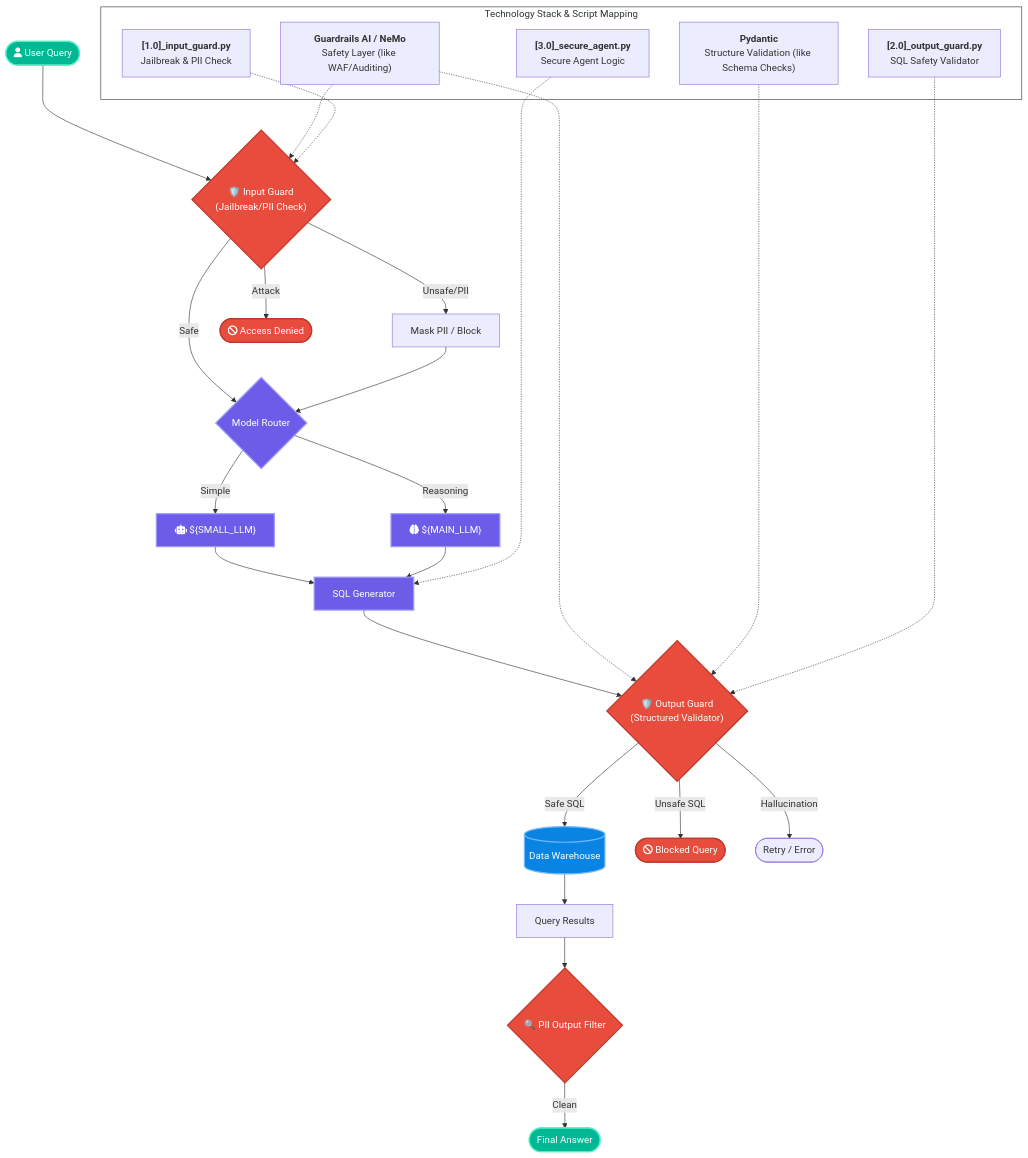
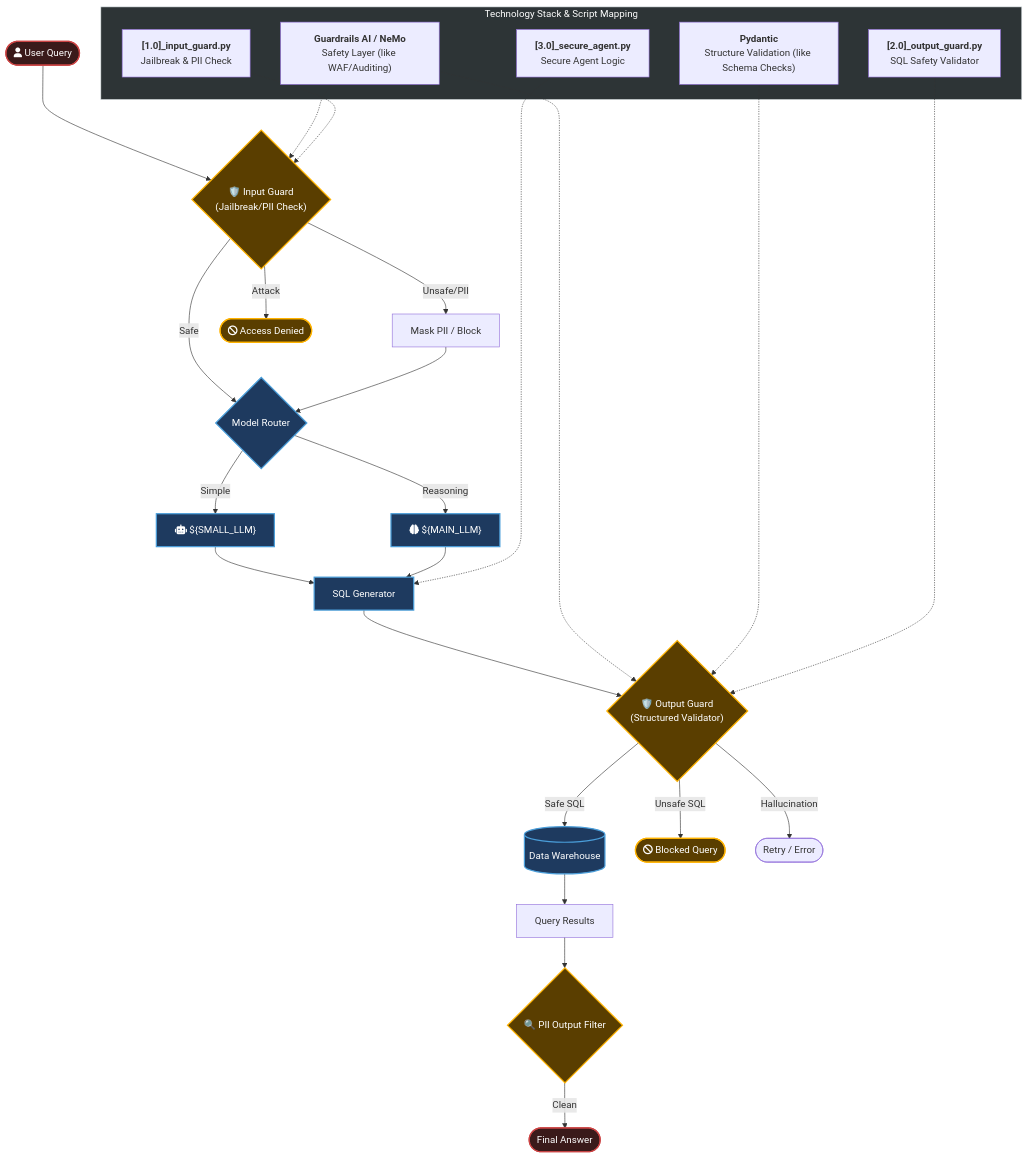
The diagram in week9/week9_architecture.mmd (visuvishwa99/agentic-ai-foundations), drawn with Mermaid before and after one commit. The commit also changed 24 other files, not shown here.

Commit message:
Initial commit: AI foundations and learning roadmap

```diff
--- a/week9/week9_architecture.mmd
+++ b/week9/week9_architecture.mmd
@@ -1,68 +1,68 @@
 ---
 id: week9-architecture
 ---
 flowchart TD
     %% User Interaction
     User(["fa:fa-user User Query"]) --> InputGuard{"🛡️ Input Guard<br/>(Jailbreak/PII Check)"}
     
     %% Input Guard Logic (Step 1)
     InputGuard -- Safe --> Router{"Model Router"}
     InputGuard -- Unsafe/PII --> Masked["Mask PII / Block"]
     Masked --> Router
     InputGuard -- Attack --> Reject(["fa:fa-ban Access Denied"])
     
     %% Routing Layer (Step 2 - From Week 8)
     Router -- Simple --> Mini["fa:fa-robot ${SMALL_LLM}"]
     Router -- Reasoning --> LLM["fa:fa-brain ${MAIN_LLM}"]
     
     %% Execution Layer (Step 3)
     Mini --> SQLGen["SQL Generator"]
     LLM --> SQLGen
     
     %% Output Guard Logic (Step 4 - Key Add)
     SQLGen --> OutputGuard{"🛡️ Output Guard<br/>(Structured Validator)"}
     
     OutputGuard -- Safe SQL --> DB[(Data Warehouse)]
     OutputGuard -- Unsafe SQL --> RejectSQL(["fa:fa-ban Blocked Query"])
     OutputGuard -- Hallucination --> Fallback(["Retry / Error"])
     
     DB --> Results["Query Results"]
     
     %% Final Check (Step 5)
     Results --> PIIFilter{"🔍 PII Output Filter"}
     PIIFilter -- Clean --> FinalResp(["Final Answer"])
     
     %% Technology Stack & Script Mapping
     subgraph Tech_Stack [Technology Stack & Script Mapping]
         Stack1["<b>Guardrails AI / NeMo</b><br/>Safety Layer (like WAF/Auditing)"]
         Stack2["<b>Pydantic</b><br/>Structure Validation (like Schema Checks)"]
         Script1["<b>[1.0]_input_guard.py</b><br/>Jailbreak & PII Check"]
         Script2["<b>[2.0]_output_guard.py</b><br/>SQL Safety Validator"]
         Script3["<b>[3.0]_secure_agent.py</b><br/>Secure Agent Logic"]
     end
     
     %% Visual Connections
     Stack1 -.-> InputGuard
     Stack1 -.-> OutputGuard
     Stack2 -.-> OutputGuard
     
     %% Script Mapping
     Script1 -.-> InputGuard
     Script2 -.-> OutputGuard
     Script3 -.-> SQLGen
     
     %% Styles
     class User,FinalResp user
     class DB storage
     class Router,Mini,LLM,SQLGen process
     class InputGuard,OutputGuard,PIIFilter logic
     class Reject,RejectSQL logic
     
-    style Tech_Stack fill:#fff,stroke:#2d3436,stroke-width:1px,color:#2d3436
-    
+    style Tech_Stack fill:#2d3436,stroke:#dfe6e9,stroke-width:1px,color:#fff
+
     %% Global Style Block
-    classDef logic fill:#e74c3c,stroke:#c0392b,stroke-width:2px,color:#fff
-    classDef storage fill:#0984e3,stroke:#74b9ff,stroke-width:2px,color:#fff
-    classDef process fill:#6c5ce7,stroke:#a29bfe,stroke-width:2px,color:#fff
-    classDef user fill:#00b894,stroke:#55efc4,stroke-width:2px,color:#fff
-    classDef group fill:#f1f2f6,stroke:#2f3542,stroke-width:1px,color:#2d3436
+    classDef logic fill:#5a3e00,stroke:#ffb300,stroke-width:2px,color:#fff
+    classDef storage fill:#1e3a5f,stroke:#4a9eda,stroke-width:2px,color:#fff
+    classDef process fill:#1e3a5f,stroke:#4a9eda,stroke-width:2px,color:#fff
+    classDef user fill:#3a1a1a,stroke:#cc4444,stroke-width:2px,color:#fff
+    classDef group fill:#2d3436,stroke:#dfe6e9,stroke-width:1px,color:#fff
```
